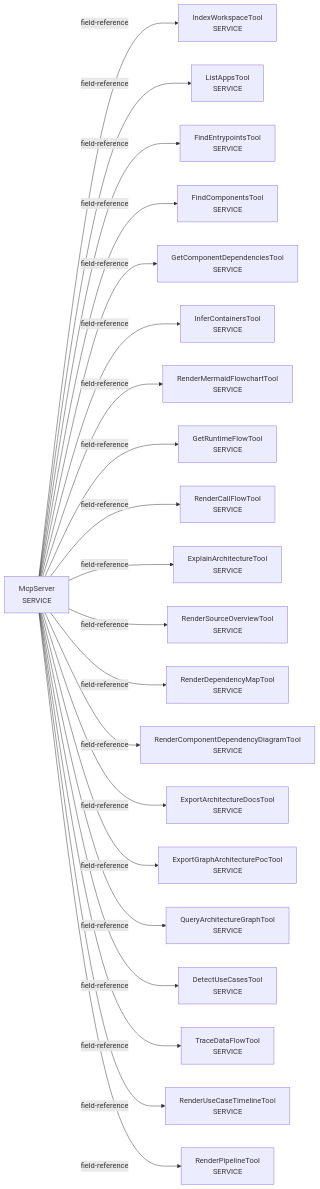
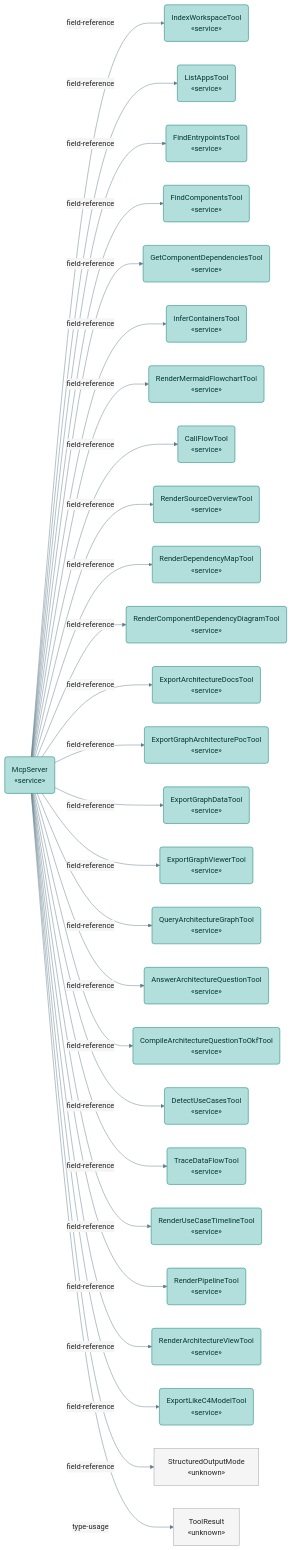
Before and after one commit to DerPate/archlens: the third of 8 diagrams in docs/WORKFLOW_GRAPHS.md, drawn with Mermaid. The commit also changed other lines of this file, not shown here.

First line of the commit message:
docs(workflow-graphs): regenerate against the current tree

````diff
--- a/docs/WORKFLOW_GRAPHS.md
+++ b/docs/WORKFLOW_GRAPHS.md
@@ -96,44 +159,86 @@
 ```mermaid
+%%{init: {"theme": "base", "themeVariables": {"primaryColor": "#f5f5f5", "primaryBorderColor": "#9e9e9e", "primaryTextColor": "#212121", "lineColor": "#607d8b", "clusterBkg": "#fafafa", "clusterBorder": "#b0bec5"}}}%%
 flowchart LR
-    comp_dev_dominikbreu_archlens_mcp_McpServer["McpServer\nSERVICE"]
-    comp_dev_dominikbreu_archlens_mcp_tools_IndexWorkspaceTool["IndexWorkspaceTool\nSERVICE"]
-    comp_dev_dominikbreu_archlens_mcp_tools_ListAppsTool["ListAppsTool\nSERVICE"]
-    comp_dev_dominikbreu_archlens_mcp_tools_FindEntrypointsTool["FindEntrypointsTool\nSERVICE"]
-    comp_dev_dominikbreu_archlens_mcp_tools_FindComponentsTool["FindComponentsTool\nSERVICE"]
-    comp_dev_dominikbreu_archlens_mcp_tools_GetComponentDependenciesTool["GetComponentDependenciesTool\nSERVICE"]
-    comp_dev_dominikbreu_archlens_mcp_tools_InferContainersTool["InferContainersTool\nSERVICE"]
-    comp_dev_dominikbreu_archlens_mcp_tools_RenderMermaidFlowchartTool["RenderMermaidFlowchartTool\nSERVICE"]
-    comp_dev_dominikbreu_archlens_mcp_tools_GetRuntimeFlowTool["GetRuntimeFlowTool\nSERVICE"]
-    comp_dev_dominikbreu_archlens_mcp_tools_RenderCallFlowTool["RenderCallFlowTool\nSERVICE"]
-    comp_dev_dominikbreu_archlens_mcp_tools_ExplainArchitectureTool["ExplainArchitectureTool\nSERVICE"]
-    comp_dev_dominikbreu_archlens_mcp_tools_RenderSourceOverviewTool["RenderSourceOverviewTool\nSERVICE"]
-    comp_dev_dominikbreu_archlens_mcp_tools_RenderDependencyMapTool["RenderDependencyMapTool\nSERVICE"]
-    comp_dev_dominikbreu_archlens_mcp_tools_RenderComponentDependencyDiagramTool["RenderComponentDependencyDiagramTool\nSERVICE"]
-    comp_dev_dominikbreu_archlens_mcp_tools_ExportArchitectureDocsTool["ExportArchitectureDocsTool\nSERVICE"]
-    comp_dev_dominikbreu_archlens_mcp_tools_ExportGraphArchitecturePocTool["ExportGraphArchitecturePocTool\nSERVICE"]
-    comp_dev_dominikbreu_archlens_mcp_tools_QueryArchitectureGraphTool["QueryArchitectureGraphTool\nSERVICE"]
-    comp_dev_dominikbreu_archlens_mcp_tools_DetectUseCasesTool["DetectUseCasesTool\nSERVICE"]
-    comp_dev_dominikbreu_archlens_mcp_tools_TraceDataFlowTool["TraceDataFlowTool\nSERVICE"]
-    comp_dev_dominikbreu_archlens_mcp_tools_RenderUseCaseTimelineTool["RenderUseCaseTimelineTool\nSERVICE"]
-    comp_dev_dominikbreu_archlens_mcp_tools_RenderPipelineTool["RenderPipelineTool\nSERVICE"]
-    comp_dev_dominikbreu_archlens_mcp_McpServer -->|field-reference| comp_dev_dominikbreu_archlens_mcp_tools_IndexWorkspaceTool
-    comp_dev_dominikbreu_archlens_mcp_McpServer -->|field-reference| comp_dev_dominikbreu_archlens_mcp_tools_ListAppsTool
-    comp_dev_dominikbreu_archlens_mcp_McpServer -->|field-reference| comp_dev_dominikbreu_archlens_mcp_tools_FindEntrypointsTool
-    comp_dev_dominikbreu_archlens_mcp_McpServer -->|field-reference| comp_dev_dominikbreu_archlens_mcp_tools_FindComponentsTool
-    comp_dev_dominikbreu_archlens_mcp_McpServer -->|field-reference| comp_dev_dominikbreu_archlens_mcp_tools_GetComponentDependenciesTool
-    comp_dev_dominikbreu_archlens_mcp_McpServer -->|field-reference| comp_dev_dominikbreu_archlens_mcp_tools_InferContainersTool
-    comp_dev_dominikbreu_archlens_mcp_McpServer -->|field-reference| comp_dev_dominikbreu_archlens_mcp_tools_RenderMermaidFlowchartTool
-    comp_dev_dominikbreu_archlens_mcp_McpServer -->|field-reference| comp_dev_dominikbreu_archlens_mcp_tools_GetRuntimeFlowTool
-    comp_dev_dominikbreu_archlens_mcp_McpServer -->|field-reference| comp_dev_dominikbreu_archlens_mcp_tools_RenderCallFlowTool
-    comp_dev_dominikbreu_archlens_mcp_McpServer -->|field-reference| comp_dev_dominikbreu_archlens_mcp_tools_ExplainArchitectureTool
-    comp_dev_dominikbreu_archlens_mcp_McpServer -->|field-reference| comp_dev_dominikbreu_archlens_mcp_tools_RenderSourceOverviewTool
-    comp_dev_dominikbreu_archlens_mcp_McpServer -->|field-reference| comp_dev_dominikbreu_archlens_mcp_tools_RenderDependencyMapTool
-    comp_dev_dominikbreu_archlens_mcp_McpServer -->|field-reference| comp_dev_dominikbreu_archlens_mcp_tools_RenderComponentDependencyDiagramTool
-    comp_dev_dominikbreu_archlens_mcp_McpServer -->|field-reference| comp_dev_dominikbreu_archlens_mcp_tools_ExportArchitectureDocsTool
-    comp_dev_dominikbreu_archlens_mcp_McpServer -->|field-reference| comp_dev_dominikbreu_archlens_mcp_tools_ExportGraphArchitecturePocTool
-    comp_dev_dominikbreu_archlens_mcp_McpServer -->|field-reference| comp_dev_dominikbreu_archlens_mcp_tools_QueryArchitectureGraphTool
-    comp_dev_dominikbreu_archlens_mcp_McpServer -->|field-reference| comp_dev_dominikbreu_archlens_mcp_tools_DetectUseCasesTool
-    comp_dev_dominikbreu_archlens_mcp_McpServer -->|field-reference| comp_dev_dominikbreu_archlens_mcp_tools_TraceDataFlowTool
-    comp_dev_dominikbreu_archlens_mcp_McpServer -->|field-reference| comp_dev_dominikbreu_archlens_mcp_tools_RenderUseCaseTimelineTool
-    comp_dev_dominikbreu_archlens_mcp_McpServer -->|field-reference| comp_dev_dominikbreu_archlens_mcp_tools_RenderPipelineTool
+    dev_dominikbreu_archlens_mcp_McpServer("McpServer\n«service»")
+    dev_dominikbreu_archlens_mcp_tools_IndexWorkspaceTool("IndexWorkspaceTool\n«service»")
+    dev_dominikbreu_archlens_mcp_tools_ListAppsTool("ListAppsTool\n«service»")
+    dev_dominikbreu_archlens_mcp_tools_FindEntrypointsTool("FindEntrypointsTool\n«service»")
+    dev_dominikbreu_archlens_mcp_tools_FindComponentsTool("FindComponentsTool\n«service»")
+    dev_dominikbreu_archlens_mcp_tools_GetComponentDependenciesTool("GetComponentDependenciesTool\n«service»")
+    dev_dominikbreu_archlens_mcp_tools_InferContainersTool("InferContainersTool\n«service»")
+    dev_dominikbreu_archlens_mcp_tools_RenderMermaidFlowchartTool("RenderMermaidFlowchartTool\n«service»")
+    dev_dominikbreu_archlens_mcp_tools_CallFlowTool("CallFlowTool\n«service»")
+    dev_dominikbreu_archlens_mcp_tools_RenderSourceOverviewTool("RenderSourceOverviewTool\n«service»")
+    dev_dominikbreu_archlens_mcp_tools_RenderDependencyMapTool("RenderDependencyMapTool\n«service»")
+    dev_dominikbreu_archlens_mcp_tools_RenderComponentDependencyDiagramTool("RenderComponentDependencyDiagramTool\n«service»")
+    dev_dominikbreu_archlens_mcp_tools_ExportArchitectureDocsTool("ExportArchitectureDocsTool\n«service»")
+    dev_dominikbreu_archlens_mcp_tools_ExportGraphArchitecturePocTool("ExportGraphArchitecturePocTool\n«service»")
+    dev_dominikbreu_archlens_mcp_tools_ExportGraphDataTool("ExportGraphDataTool\n«service»")
+    dev_dominikbreu_archlens_mcp_tools_ExportGraphViewerTool("ExportGraphViewerTool\n«service»")
+    dev_dominikbreu_archlens_mcp_tools_QueryArchitectureGraphTool("QueryArchitectureGraphTool\n«service»")
+    dev_dominikbreu_archlens_mcp_tools_AnswerArchitectureQuestionTool("AnswerArchitectureQuestionTool\n«service»")
+    dev_dominikbreu_archlens_mcp_tools_CompileArchitectureQuestionToOkfTool("CompileArchitectureQuestionToOkfTool\n«service»")
+    dev_dominikbreu_archlens_mcp_tools_DetectUseCasesTool("DetectUseCasesTool\n«service»")
+    dev_dominikbreu_archlens_mcp_tools_TraceDataFlowTool("TraceDataFlowTool\n«service»")
+    dev_dominikbreu_archlens_mcp_tools_RenderUseCaseTimelineTool("RenderUseCaseTimelineTool\n«service»")
+    dev_dominikbreu_archlens_mcp_tools_RenderPipelineTool("RenderPipelineTool\n«service»")
+    dev_dominikbreu_archlens_mcp_tools_RenderArchitectureViewTool("RenderArchitectureViewTool\n«service»")
+    dev_dominikbreu_archlens_mcp_tools_ExportLikeC4ModelTool("ExportLikeC4ModelTool\n«service»")
+    dev_dominikbreu_archlens_mcp_StructuredOutputMode["StructuredOutputMode\n«unknown»"]
+    dev_dominikbreu_archlens_mcp_tools_ToolResult["ToolResult\n«unknown»"]
+    dev_dominikbreu_archlens_mcp_McpServer -->|field-reference| dev_dominikbreu_archlens_mcp_tools_IndexWorkspaceTool
+    dev_dominikbreu_archlens_mcp_McpServer -->|field-reference| dev_dominikbreu_archlens_mcp_tools_ListAppsTool
+    dev_dominikbreu_archlens_mcp_McpServer -->|field-reference| dev_dominikbreu_archlens_mcp_tools_FindEntrypointsTool
+    dev_dominikbreu_archlens_mcp_McpServer -->|field-reference| dev_dominikbreu_archlens_mcp_tools_FindComponentsTool
+    dev_dominikbreu_archlens_mcp_McpServer -->|field-reference| dev_dominikbreu_archlens_mcp_tools_GetComponentDependenciesTool
+    dev_dominikbreu_archlens_mcp_McpServer -->|field-reference| dev_dominikbreu_archlens_mcp_tools_InferContainersTool
+    dev_dominikbreu_archlens_mcp_McpServer -->|field-reference| dev_dominikbreu_archlens_mcp_tools_RenderMermaidFlowchartTool
+    dev_dominikbreu_archlens_mcp_McpServer -->|field-reference| dev_dominikbreu_archlens_mcp_tools_CallFlowTool
+    dev_dominikbreu_archlens_mcp_McpServer -->|field-reference| dev_dominikbreu_archlens_mcp_tools_RenderSourceOverviewTool
+    dev_dominikbreu_archlens_mcp_McpServer -->|field-reference| dev_dominikbreu_archlens_mcp_tools_RenderDependencyMapTool
+    dev_dominikbreu_archlens_mcp_McpServer -->|field-reference| dev_dominikbreu_archlens_mcp_tools_RenderComponentDependencyDiagramTool
+    dev_dominikbreu_archlens_mcp_McpServer -->|field-reference| dev_dominikbreu_archlens_mcp_tools_ExportArchitectureDocsTool
+    dev_dominikbreu_archlens_mcp_McpServer -->|field-reference| dev_dominikbreu_archlens_mcp_tools_ExportGraphArchitecturePocTool
+    dev_dominikbreu_archlens_mcp_McpServer -->|field-reference| dev_dominikbreu_archlens_mcp_tools_ExportGraphDataTool
+    dev_dominikbreu_archlens_mcp_McpServer -->|field-reference| dev_dominikbreu_archlens_mcp_tools_ExportGraphViewerTool
+    dev_dominikbreu_archlens_mcp_McpServer -->|field-reference| dev_dominikbreu_archlens_mcp_tools_QueryArchitectureGraphTool
+    dev_dominikbreu_archlens_mcp_McpServer -->|field-reference| dev_dominikbreu_archlens_mcp_tools_AnswerArchitectureQuestionTool
+    dev_dominikbreu_archlens_mcp_McpServer -->|field-reference| dev_dominikbreu_archlens_mcp_tools_CompileArchitectureQuestionToOkfTool
+    dev_dominikbreu_archlens_mcp_McpServer -->|field-reference| dev_dominikbreu_archlens_mcp_tools_DetectUseCasesTool
+    dev_dominikbreu_archlens_mcp_McpServer -->|field-reference| dev_dominikbreu_archlens_mcp_tools_TraceDataFlowTool
+    dev_dominikbreu_archlens_mcp_McpServer -->|field-reference| dev_dominikbreu_archlens_mcp_tools_RenderUseCaseTimelineTool
+    dev_dominikbreu_archlens_mcp_McpServer -->|field-reference| dev_dominikbreu_archlens_mcp_tools_RenderPipelineTool
+    dev_dominikbreu_archlens_mcp_McpServer -->|field-reference| dev_dominikbreu_archlens_mcp_tools_RenderArchitectureViewTool
+    dev_dominikbreu_archlens_mcp_McpServer -->|field-reference| dev_dominikbreu_archlens_mcp_tools_ExportLikeC4ModelTool
+    dev_dominikbreu_archlens_mcp_McpServer -->|field-reference| dev_dominikbreu_archlens_mcp_StructuredOutputMode
+    dev_dominikbreu_archlens_mcp_McpServer -->|type-usage| dev_dominikbreu_archlens_mcp_tools_ToolResult
+    classDef service fill:#b2dfdb,stroke:#00796b,color:#00352f
+    classDef component fill:#f5f5f5,stroke:#9e9e9e,color:#212121
+    class dev_dominikbreu_archlens_mcp_McpServer service
+    class dev_dominikbreu_archlens_mcp_tools_IndexWorkspaceTool service
+    class dev_dominikbreu_archlens_mcp_tools_ListAppsTool service
+    class dev_dominikbreu_archlens_mcp_tools_FindEntrypointsTool service
+    class dev_dominikbreu_archlens_mcp_tools_FindComponentsTool service
+    class dev_dominikbreu_archlens_mcp_tools_GetComponentDependenciesTool service
+    class dev_dominikbreu_archlens_mcp_tools_InferContainersTool service
+    class dev_dominikbreu_archlens_mcp_tools_RenderMermaidFlowchartTool service
+    class dev_dominikbreu_archlens_mcp_tools_CallFlowTool service
+    class dev_dominikbreu_archlens_mcp_tools_RenderSourceOverviewTool service
+    class dev_dominikbreu_archlens_mcp_tools_RenderDependencyMapTool service
+    class dev_dominikbreu_archlens_mcp_tools_RenderComponentDependencyDiagramTool service
+    class dev_dominikbreu_archlens_mcp_tools_ExportArchitectureDocsTool service
+    class dev_dominikbreu_archlens_mcp_tools_ExportGraphArchitecturePocTool service
+    class dev_dominikbreu_archlens_mcp_tools_ExportGraphDataTool service
+    class dev_dominikbreu_archlens_mcp_tools_ExportGraphViewerTool service
+    class dev_dominikbreu_archlens_mcp_tools_QueryArchitectureGraphTool service
+    class dev_dominikbreu_archlens_mcp_tools_AnswerArchitectureQuestionTool service
+    class dev_dominikbreu_archlens_mcp_tools_CompileArchitectureQuestionToOkfTool service
+    class dev_dominikbreu_archlens_mcp_tools_DetectUseCasesTool service
+    class dev_dominikbreu_archlens_mcp_tools_TraceDataFlowTool service
+    class dev_dominikbreu_archlens_mcp_tools_RenderUseCaseTimelineTool service
+    class dev_dominikbreu_archlens_mcp_tools_RenderPipelineTool service
+    class dev_dominikbreu_archlens_mcp_tools_RenderArchitectureViewTool service
+    class dev_dominikbreu_archlens_mcp_tools_ExportLikeC4ModelTool service
+    class dev_dominikbreu_archlens_mcp_StructuredOutputMode component
+    class dev_dominikbreu_archlens_mcp_tools_ToolResult component
 ```
````
